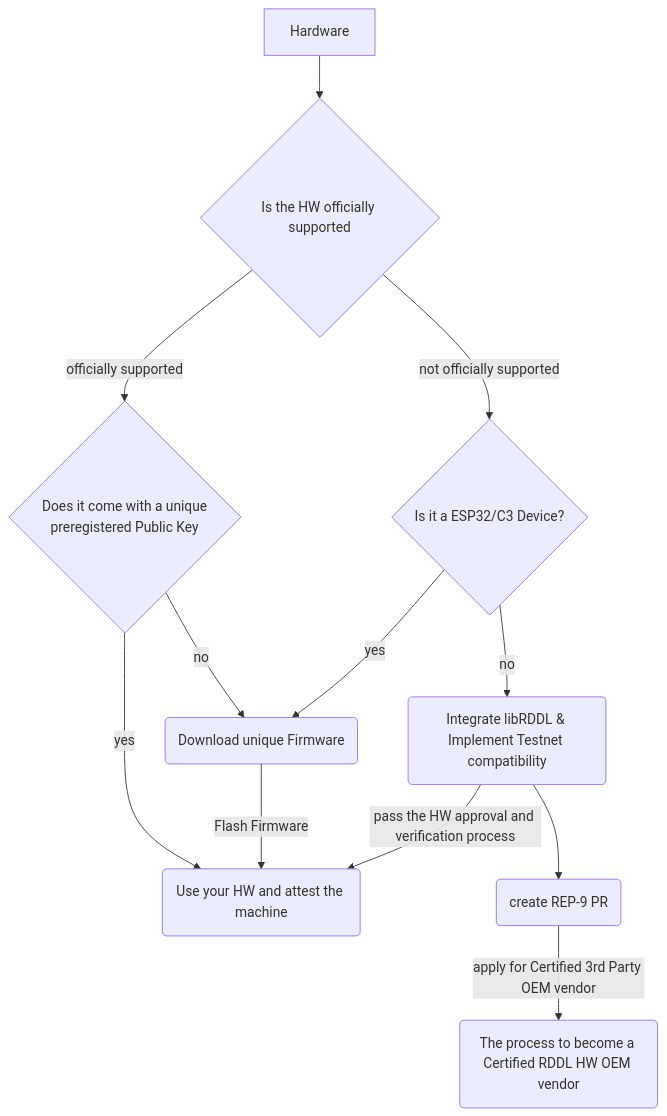
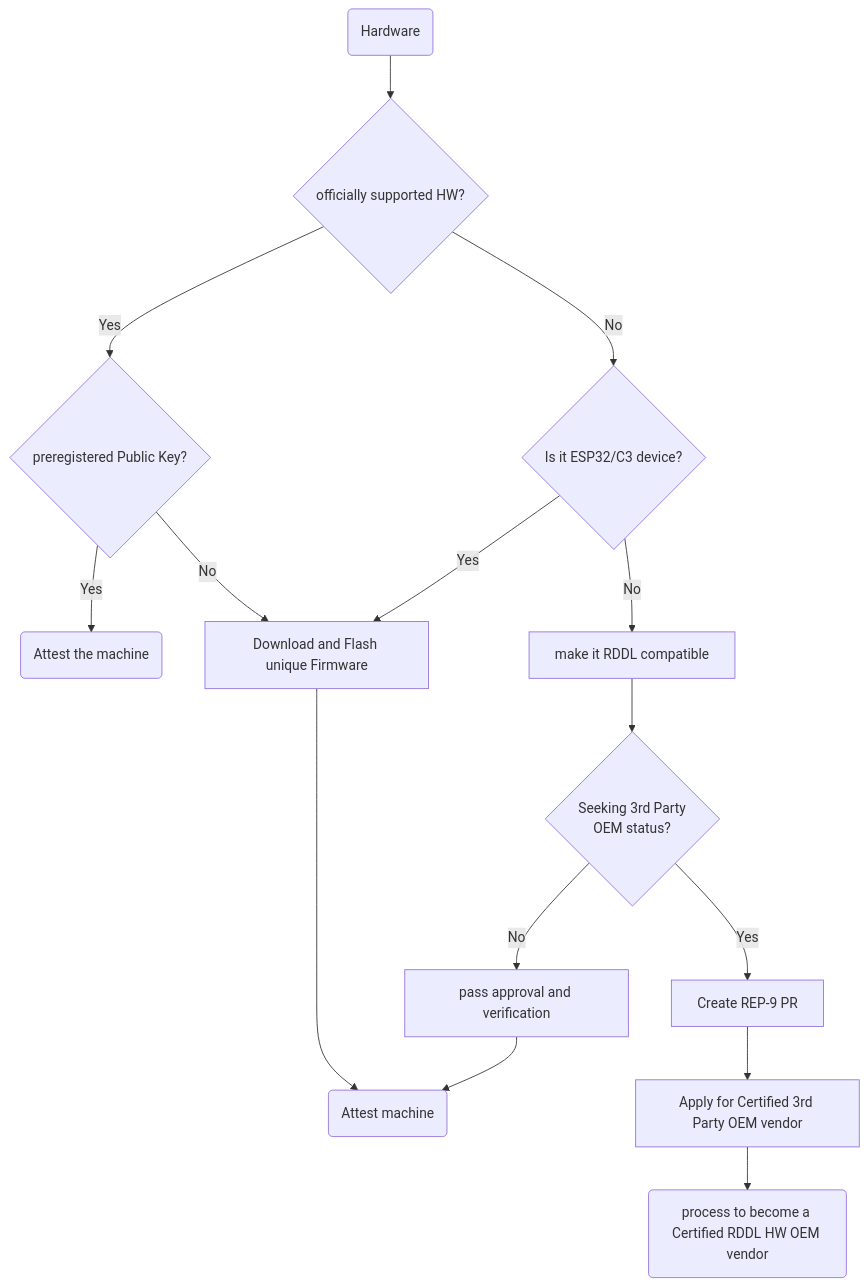
One commit to rddl-network/docs changed the diagram in getting-started/how-to-register-your-machine-id/README.md. Above: the diagram before and after it, drawn with Mermaid.

Commit message:
GITBOOK-83: Maurice's Jan 9 changes

````diff
--- a/getting-started/how-to-register-your-machine-id/README.md
+++ b/getting-started/how-to-register-your-machine-id/README.md
@@ -5,16 +5,19 @@
 ```mermaid fullWidth="true"
-flowchart TD
-    A[Hardware]-->B
-    B{Is the HW officially supported} --> |officially supported| C
-    C{Does it come with a unique\npreregistered Public Key}-->|yes| D
-    D(Use your HW and attest the machine)
-    C-->|no| E
-    E(Download unique Firmware)-->|Flash Firmware| D
-    B-->|not officially supported| J
-    F(Integrate libRDDL & Implement Testnet compatibility)--> |pass the HW approval and verification process| D
-		F--> G
-    G(create REP-9 PR)--> |apply for Certified 3rd Party OEM vendor| I
-    I(The process to become a Certified RDDL HW OEM vendor)
-		J{Is it a ESP32/C3 Device?}-->|yes| E
-		J{Is it a ESP32/C3 Device?}-->|no| F
+
+graph TD
+    1(Hardware)
+    1 --> 2{officially supported HW?}
+    2 --> |Yes| 3{preregistered Public Key?}
+    3 --> |Yes| 4(Attest the machine)
+    3 --> |No| 10[Download and Flash unique Firmware]
+    2 --> |No| 9{Is it ESP32/C3 device?}
+    9 --> |Yes| 10[Download and Flash unique Firmware]
+    9 --> |No| 13[make it RDDL compatible]
+    10 --> 19
+    13 --> 14{Seeking 3rd Party \n OEM status?}
+    14 --> |No|18[pass approval and verification]
+    14 --> |Yes| 15[Create REP-9 PR]
+    15 --> 16[Apply for Certified 3rd Party OEM vendor]
+    16 --> 17(process to become a Certified RDDL HW OEM vendor)
+    18 --> 19(Attest machine)
 ```
````
